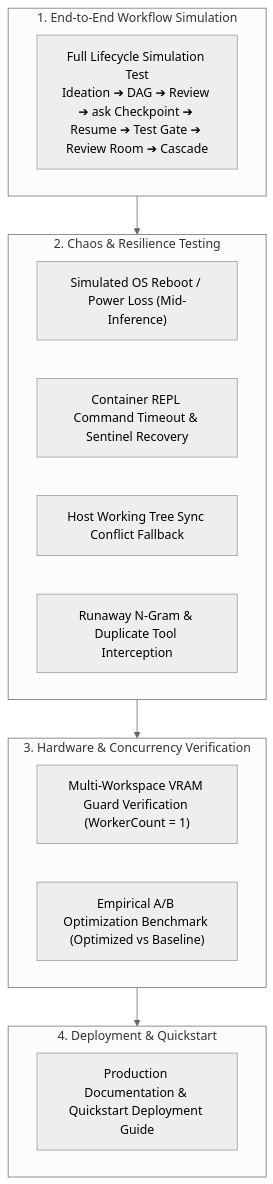
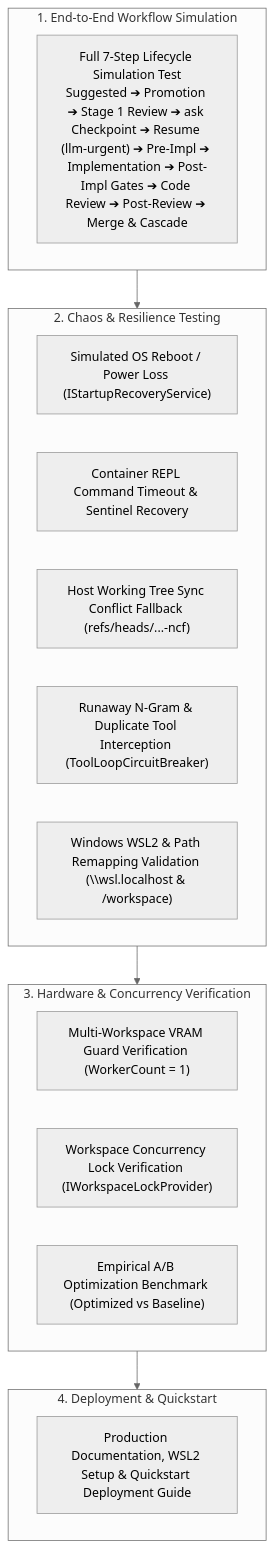
The diagram in docs/plan/06_END_TO_END_TESTING_AND_HARDENING.md (jetelain/NightCodeForge), drawn with Mermaid (neutral theme) before and after one commit. The commit also changed other lines of this file and 59 other files, not shown here.

Commit message:
Code review round 7

````diff
--- a/docs/plan/06_END_TO_END_TESTING_AND_HARDENING.md
+++ b/docs/plan/06_END_TO_END_TESTING_AND_HARDENING.md
@@ -16,26 +16,28 @@
 ```mermaid
 flowchart TD
     subgraph Step1 ["1. End-to-End Workflow Simulation"]
-        E2E["Full Lifecycle Simulation Test\nIdeation ➔ DAG ➔ Review ➔ ask Checkpoint ➔ Resume ➔ Test Gate ➔ Review Room ➔ Cascade"]
+        E2E["Full 7-Step Lifecycle Simulation Test\nSuggested ➔ Promotion ➔ Stage 1 Review ➔ ask Checkpoint ➔ Resume (llm-urgent) ➔ Pre-Impl ➔ Implementation ➔ Post-Impl Gates ➔ Code Review ➔ Post-Review ➔ Merge & Cascade"]
     end
 
     subgraph Step2 ["2. Chaos & Resilience Testing"]
-        RebootCrash["Simulated OS Reboot / Power Loss (Mid-Inference)"]
+        RebootCrash["Simulated OS Reboot / Power Loss (IStartupRecoveryService)"]
         HungProcess["Container REPL Command Timeout & Sentinel Recovery"]
-        DirtyTree["Host Working Tree Sync Conflict Fallback"]
-        LoopTrap["Runaway N-Gram & Duplicate Tool Interception"]
+        DirtyTree["Host Working Tree Sync Conflict Fallback (refs/heads/...-ncf)"]
+        LoopTrap["Runaway N-Gram & Duplicate Tool Interception (ToolLoopCircuitBreaker)"]
+        CrossPlatform["Windows WSL2 & Path Remapping Validation (\\wsl.localhost & /workspace)"]
     end
 
     subgraph Step3 ["3. Hardware & Concurrency Verification"]
         VRAM["Multi-Workspace VRAM Guard Verification (WorkerCount = 1)"]
+        LockTest["Workspace Concurrency Lock Verification (IWorkspaceLockProvider)"]
         ABBench["Empirical A/B Optimization Benchmark (Optimized vs Baseline)"]
     end
 
     subgraph Step4 ["4. Deployment & Quickstart"]
-        Docs["Production Documentation & Quickstart Deployment Guide"]
+        Docs["Production Documentation, WSL2 Setup & Quickstart Deployment Guide"]
     end
 
     Step1 --> Step2
     Step2 --> Step3
     Step3 --> Step4
 ```
````
